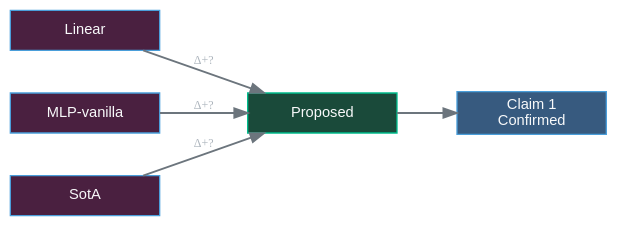
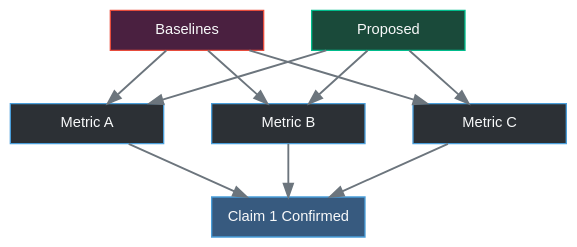
One commit to HongyuCao3/Pytorch-lightining-Hydra-Optuna-MLflow-Slurm-Project-Tempate-for-Scientific-Research changed the diagram in docs/experiments/main.qmd. Above: the diagram before and after it, drawn with Graphviz. The commit also changed other lines of this file and 3 other files, not shown here.

````diff
--- a/docs/experiments/main.qmd
+++ b/docs/experiments/main.qmd
@@ -58,35 +13,35 @@
 ```{dot}
-//| label: fig-main-results
-//| fig-cap: "Result comparison: baseline vs. proposed"
+//| label: fig-main-design
+//| fig-cap: "Main experiment: metrics measure baseline-vs-proposed gap to confirm Claim 1"
 //| fig-width: 7
-//| fig-height: 2.8
+//| fig-height: 3.2
 digraph G {
   bgcolor="transparent"
-  rankdir=LR
-  graph [ranksep=0.6, nodesep=0.45]
+  rankdir=TB
+  graph [ranksep=0.55, nodesep=0.5]
   node [style=filled, fillcolor="#2c3035", color="#4a9eda",
         fontcolor="#f8f9fa", fontname="Arial", fontsize=11,
-        shape=box, width=1.55, height=0.42]
+        shape=box, width=1.6, height=0.42]
   edge [color="#6c757d", penwidth=1.4]
 
-  subgraph col1 {
+  subgraph row1 {
     rank=same
-    BL1 [label="Linear",      fillcolor="#4a2040"]
-    BL2 [label="MLP-vanilla", fillcolor="#4a2040"]
-    BL3 [label="SotA",        fillcolor="#4a2040"]
+    BL [label="Baselines",  fillcolor="#4a2040", color="#e74c3c"]
+    Our [label="Proposed",  fillcolor="#1a4a3a", color="#00bc8c"]
   }
-  subgraph col2 {
+  subgraph row2 {
     rank=same
-    Our [label="Proposed", fillcolor="#1a4a3a", color="#00bc8c"]
+    MA [label="Metric A"]
+    MB [label="Metric B"]
+    MC [label="Metric C"]
   }
-  subgraph col3 {
+  subgraph row3 {
     rank=same
-    Win [label="Claim 1\nConfirmed", fillcolor="#375a7f"]
+    Claim [label="Claim 1 Confirmed", fillcolor="#375a7f"]
   }
 
-  BL1 -> Our [label=" Δ+?", fontcolor="#adb5bd", fontsize=9]
-  BL2 -> Our [label=" Δ+?", fontcolor="#adb5bd", fontsize=9]
-  BL3 -> Our [label=" Δ+?", fontcolor="#adb5bd", fontsize=9]
-  Our -> Win
+  BL  -> MA  BL  -> MB  BL  -> MC
+  Our -> MA  Our -> MB  Our -> MC
+  MA  -> Claim  MB -> Claim  MC -> Claim
 }
 ```
````
